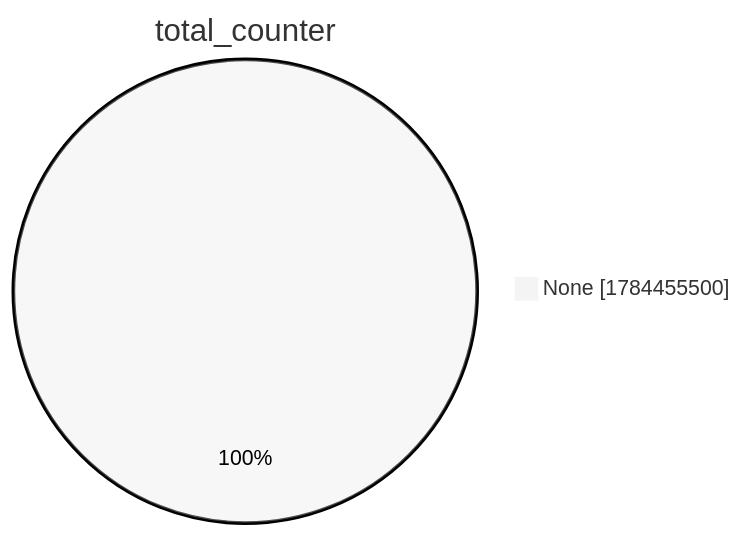
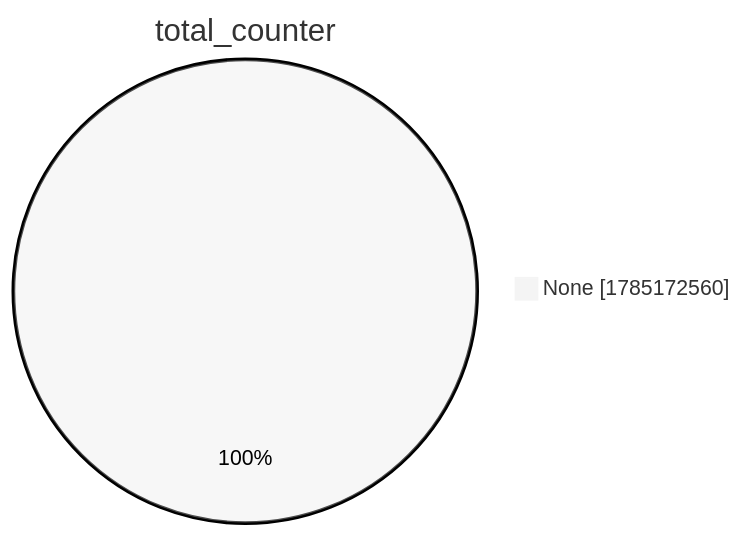
Before and after one commit to christiankrug/ctmonitor_visualization: the second of 15 diagrams in xenon2022/README.md, drawn with Mermaid (neutral theme). The commit also changed other lines of this file, not shown here.

````diff
--- a/xenon2022/README.md
+++ b/xenon2022/README.md
@@ -9,5 +9,5 @@
 ```mermaid
 pie showData
 title total_counter
-"None" :1784455500
+"None" :1785172560
 ```
````
